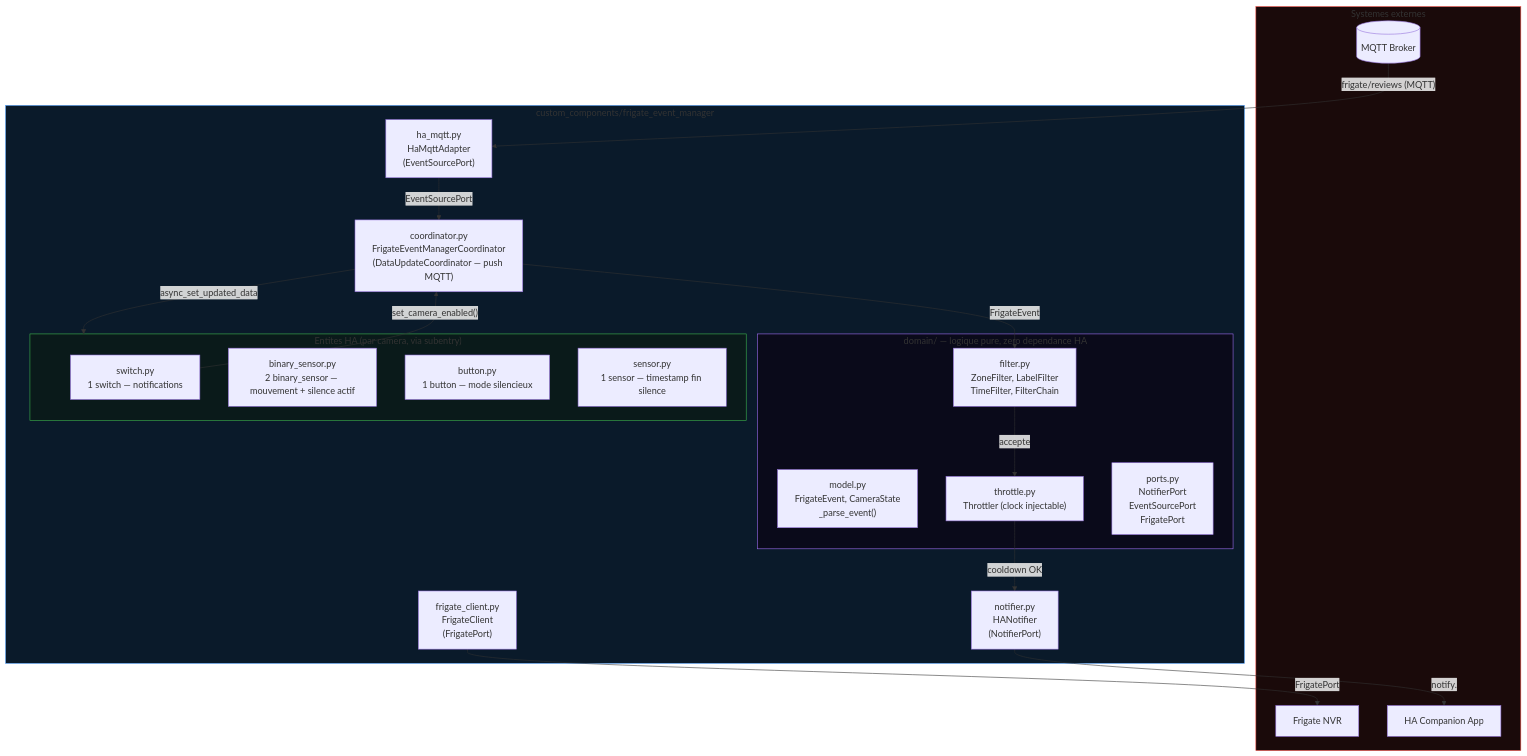
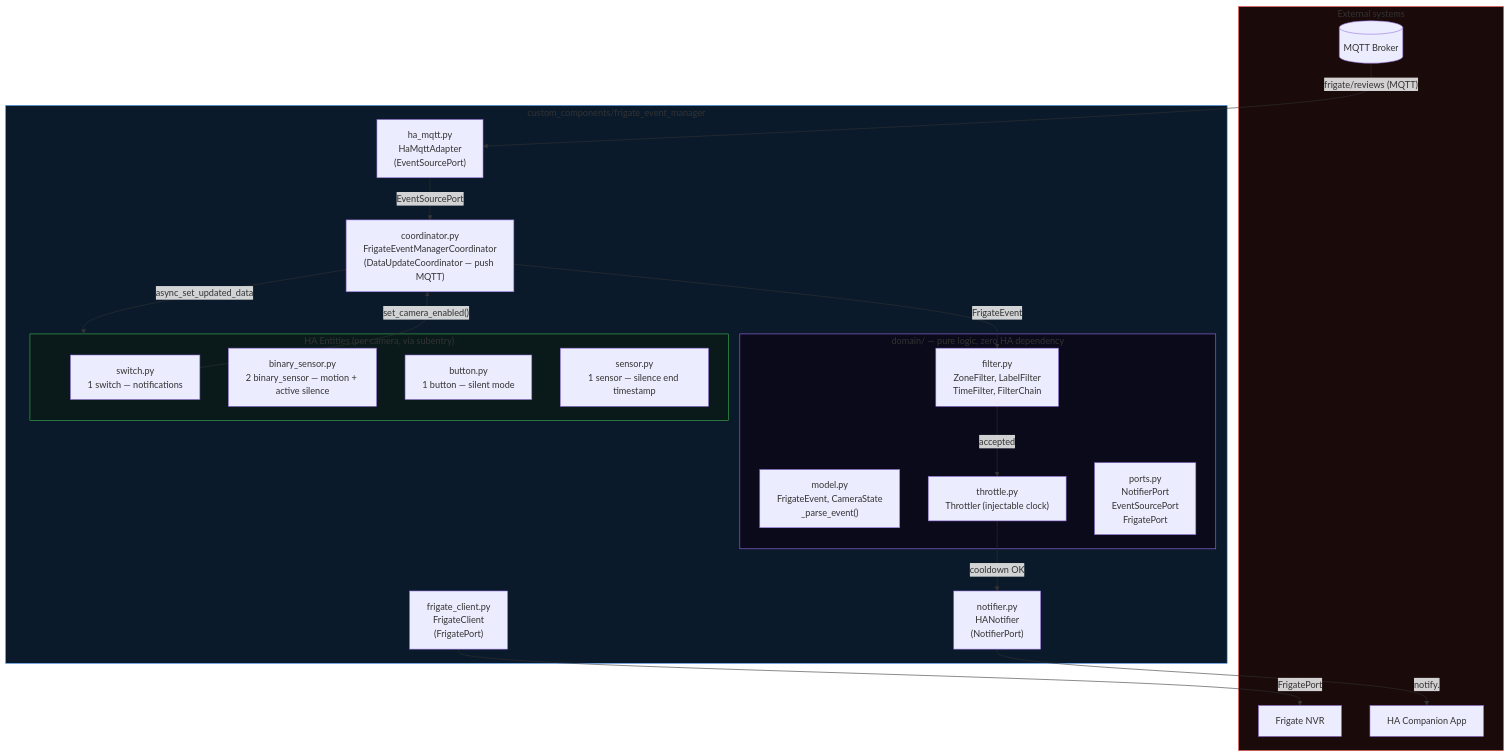
Before and after one commit to trowaflo/frigate-event-manager: the first of 4 diagrams in docs/architecture.md, drawn with Mermaid. The commit also changed other lines of this file, not shown here.

Commit message:
docs: translate architecture.md to english

````diff
--- a/docs/architecture.md
+++ b/docs/architecture.md
@@ -8,44 +8,44 @@
 ```mermaid
 graph TB
-    subgraph External["Systemes externes"]
+    subgraph External["External systems"]
         BROKER[("MQTT Broker")]
         FRIGATE["Frigate NVR"]
         HA_NOTIFY["HA Companion App"]
     end
 
     subgraph Integration["custom_components/frigate_event_manager"]
-        subgraph Domain["domain/ — logique pure, zero dependance HA"]
+        subgraph Domain["domain/ — pure logic, zero HA dependency"]
             MODEL["model.py\nFrigateEvent, CameraState\n_parse_event()"]
             FILTER_D["filter.py\nZoneFilter, LabelFilter\nTimeFilter, FilterChain"]
-            THROTTLE_D["throttle.py\nThrottler (clock injectable)"]
+            THROTTLE_D["throttle.py\nThrottler (injectable clock)"]
             PORTS["ports.py\nNotifierPort\nEventSourcePort\nFrigatePort"]
         end
 
         COORD["coordinator.py\nFrigateEventManagerCoordinator\n(DataUpdateCoordinator — push MQTT)"]
         HAMQTT["ha_mqtt.py\nHaMqttAdapter\n(EventSourcePort)"]
         NOTIFIER["notifier.py\nHANotifier\n(NotifierPort)"]
         CLIENT["frigate_client.py\nFrigateClient\n(FrigatePort)"]
 
-        subgraph Entities["Entites HA (par camera, via subentry)"]
+        subgraph Entities["HA Entities (per camera, via subentry)"]
             SWITCH["switch.py\n1 switch — notifications"]
-            BINSENSOR["binary_sensor.py\n2 binary_sensor — mouvement + silence actif"]
-            BUTTON["button.py\n1 button — mode silencieux"]
-            SENSOR["sensor.py\n1 sensor — timestamp fin silence"]
+            BINSENSOR["binary_sensor.py\n2 binary_sensor — motion + active silence"]
+            BUTTON["button.py\n1 button — silent mode"]
+            SENSOR["sensor.py\n1 sensor — silence end timestamp"]
         end
     end
 
     BROKER -->|"frigate/reviews (MQTT)"| HAMQTT
     HAMQTT -->|"EventSourcePort"| COORD
     COORD -->|FrigateEvent| FILTER_D
-    FILTER_D -->|accepte| THROTTLE_D
+    FILTER_D -->|accepted| THROTTLE_D
     THROTTLE_D -->|cooldown OK| NOTIFIER
     NOTIFIER -->|"notify.<target>"| HA_NOTIFY
     COORD -->|async_set_updated_data| Entities
     SWITCH -->|"set_camera_enabled()"| COORD
     CLIENT -->|"FrigatePort"| FRIGATE
 
     style External fill:#1a0a0a,stroke:#f85149
     style Integration fill:#0a1a2a,stroke:#58a6ff
     style Domain fill:#0a0a1a,stroke:#a371f7
     style Entities fill:#0a1a1a,stroke:#3fb950
 ```
````
